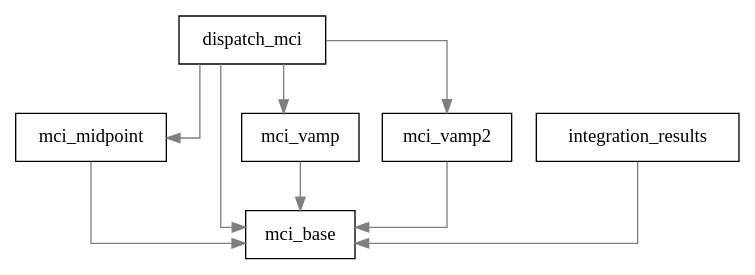
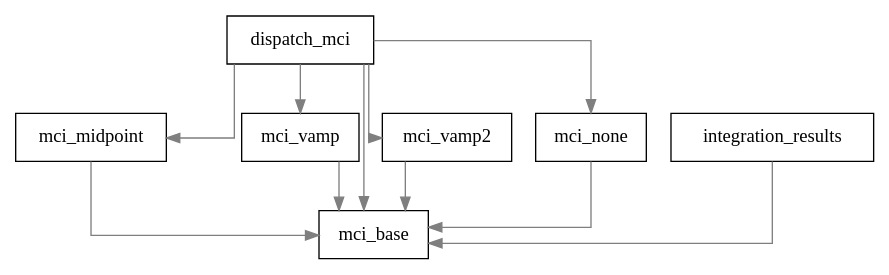
Before and after one commit to bendavid/whizard: the diagram in share/doc/mci.dot, drawn with Graphviz. The commit also changed 1112 other files, not shown here.

```diff
--- a/share/doc/mci.dot
+++ b/share/doc/mci.dot
@@ -1,15 +1,17 @@
 
 digraph G {
 concentrate=true
 splines=ortho
 node[shape=record,style=filled,fillcolor=white]
 edge[color=gray50]
 mci_midpoint -> mci_base
 mci_vamp -> mci_base
 dispatch_mci -> mci_midpoint
 integration_results -> mci_base
 dispatch_mci -> mci_vamp
 mci_vamp2 -> mci_base
+mci_none -> mci_base
+dispatch_mci -> mci_none
 dispatch_mci -> mci_base
 dispatch_mci -> mci_vamp2
  }
```
